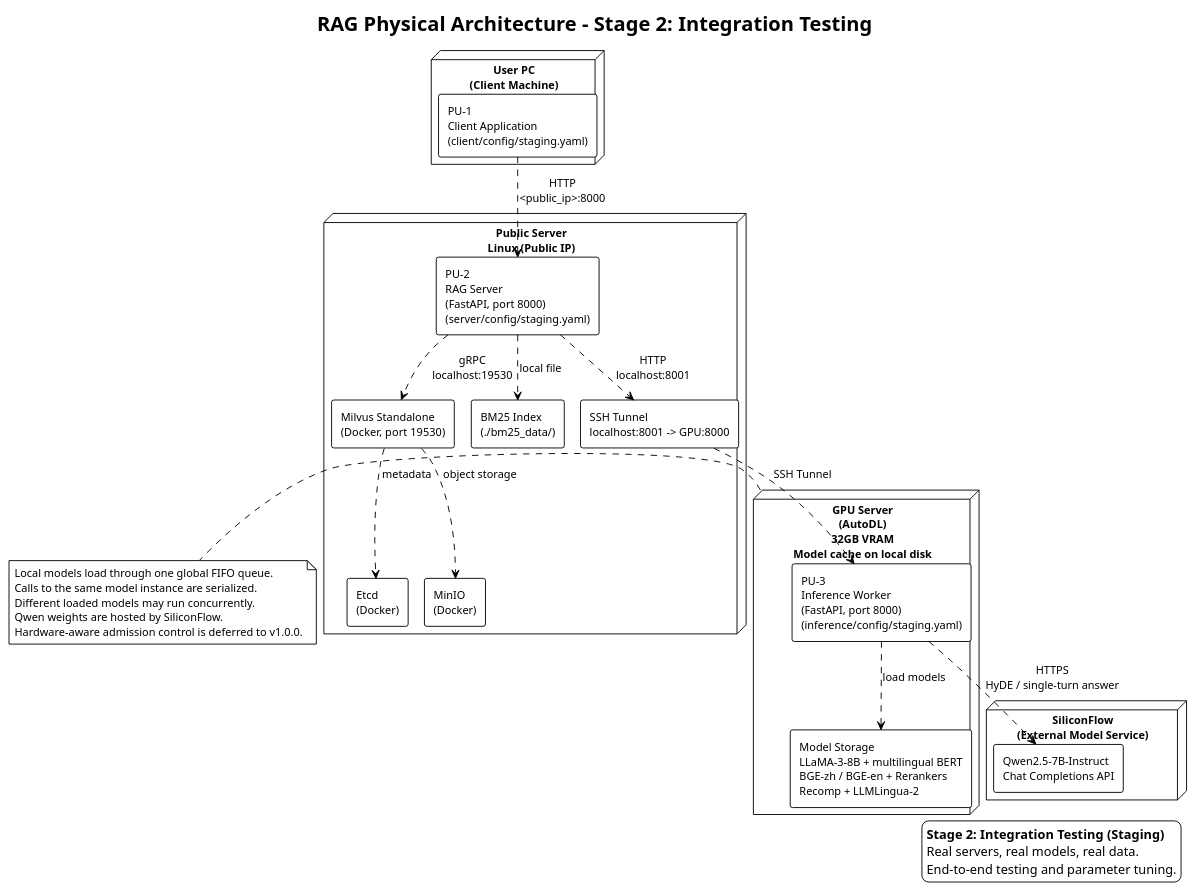
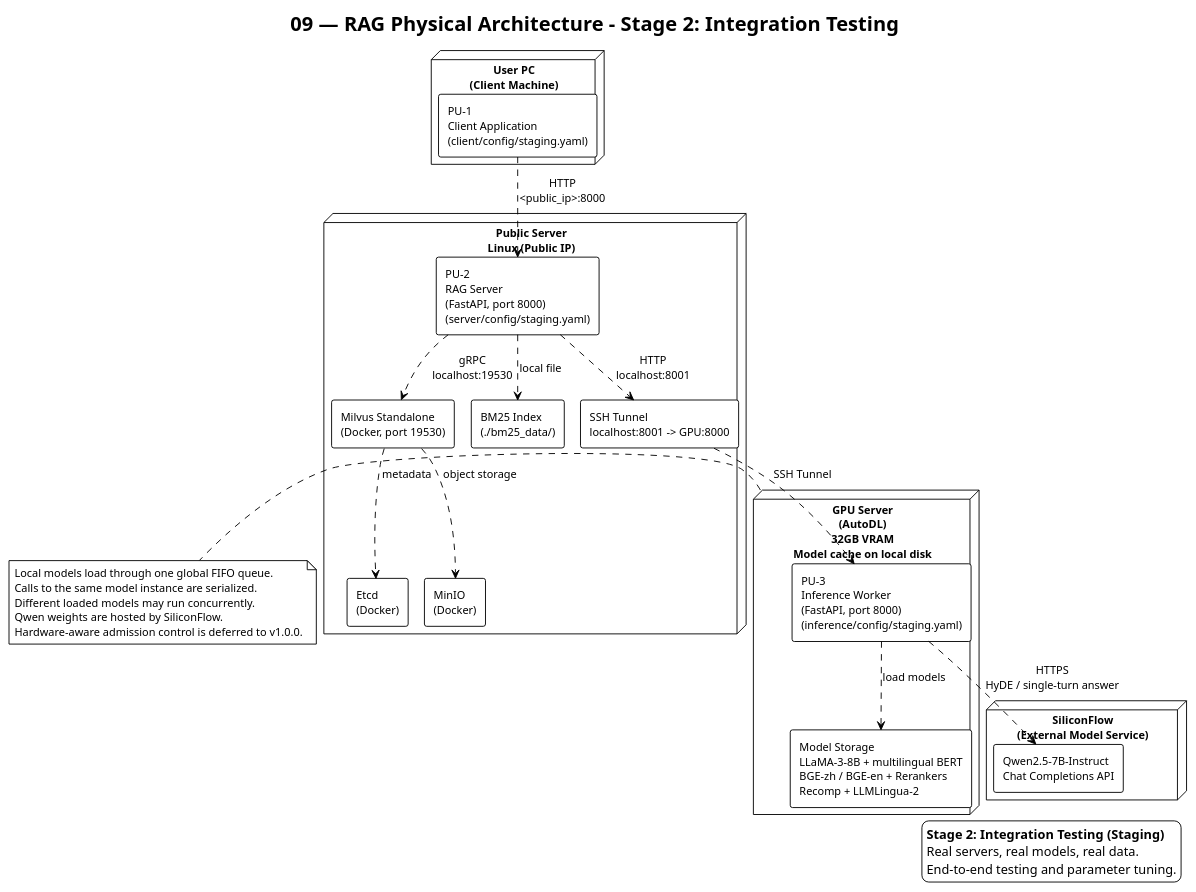
The diagram in docs/v0.1.0/architecture/09_physical_architecture_staging.puml (24-Fahed/RAG), drawn with PlantUML before and after one commit. The commit also changed 46 other files, not shown here.

Commit message:
docs: restore workflow image and number architecture diagrams

```diff
--- a/docs/v0.1.0/architecture/09_physical_architecture_staging.puml
+++ b/docs/v0.1.0/architecture/09_physical_architecture_staging.puml
@@ -1,58 +1,58 @@
-@startuml RAG_Physical_Architecture_Staging
+@startuml 09_physical_architecture_staging
 !theme plain
 !pragma layout smetana
 skinparam packageStyle rectangle
 skinparam shadowing false
 skinparam defaultFontSize 12
 
-title RAG Physical Architecture - Stage 2: Integration Testing
+title 09 — RAG Physical Architecture - Stage 2: Integration Testing
 
 legend right
   **Stage 2: Integration Testing (Staging)**
   Real servers, real models, real data.
   End-to-end testing and parameter tuning.
 end legend
 
 node "User PC\n(Client Machine)" as user {
     rectangle "PU-1\nClient Application\n(client/config/staging.yaml)" as pu1
 }
 
 node "Public Server\nLinux (Public IP)" as server {
     rectangle "PU-2\nRAG Server\n(FastAPI, port 8000)\n(server/config/staging.yaml)" as pu2
     rectangle "Milvus Standalone\n(Docker, port 19530)" as milvus
     rectangle "Etcd\n(Docker)" as etcd
     rectangle "MinIO\n(Docker)" as minio
     rectangle "BM25 Index\n(./bm25_data/)" as bm25
     rectangle "SSH Tunnel\nlocalhost:8001 -> GPU:8000" as tunnel
 }
 
 node "GPU Server\n(AutoDL)\n32GB VRAM\nModel cache on local disk" as gpu {
     rectangle "PU-3\nInference Worker\n(FastAPI, port 8000)\n(inference/config/staging.yaml)" as pu3
     rectangle "Model Storage\nLLaMA-3-8B + multilingual BERT\nBGE-zh / BGE-en + Rerankers\nRecomp + LLMLingua-2" as models
 }
 
 pu1 ..> pu2 : HTTP\n<public_ip>:8000
 pu2 ..> tunnel : HTTP\nlocalhost:8001
 tunnel ..> pu3 : SSH Tunnel
 pu2 ..> milvus : gRPC\nlocalhost:19530
 pu2 ..> bm25 : local file
 pu3 ..> models : load models
 
 node "SiliconFlow\n(External Model Service)" as cloud {
     rectangle "Qwen2.5-7B-Instruct\nChat Completions API" as qwen
 }
 
 pu3 ..> qwen : HTTPS\nHyDE / single-turn answer
 
 note right of gpu
   Local models load through one global FIFO queue.
   Calls to the same model instance are serialized.
   Different loaded models may run concurrently.
   Qwen weights are hosted by SiliconFlow.
   Hardware-aware admission control is deferred to v1.0.0.
 end note
 
 milvus ..> etcd : metadata
 milvus ..> minio : object storage
 
 @enduml
```
